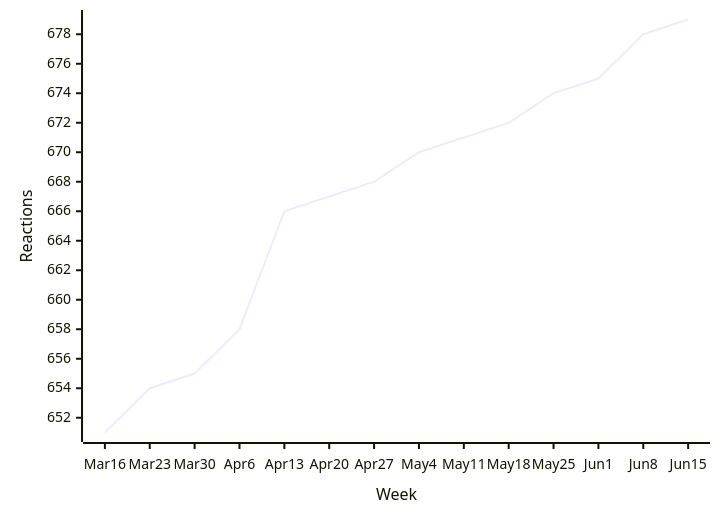
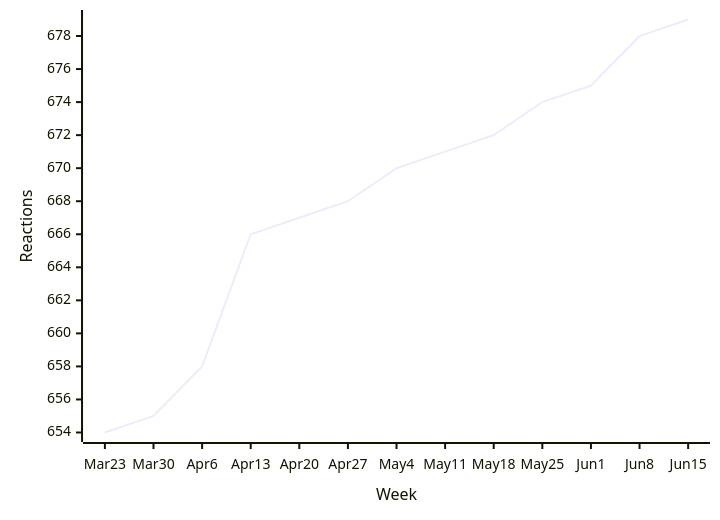
The fifth of 49 diagrams in README.md (loic-sharma/github-insights), drawn with Mermaid before and after one commit. The commit also changed other lines of this file and 3 other files, not shown here.

````diff
--- a/README.md
+++ b/README.md
@@ -407,6 +407,6 @@
   ```mermaid
   xychart-beta
-    x-axis "Week" [Mar 16, Mar 23, Mar 30, Apr 6, Apr 13, Apr 20, Apr 27, May 4, May 11, May 18, May 25, Jun 1, Jun 8, Jun 15]
+    x-axis "Week" [Mar 23, Mar 30, Apr 6, Apr 13, Apr 20, Apr 27, May 4, May 11, May 18, May 25, Jun 1, Jun 8, Jun 15]
     y-axis "Reactions"
-    line [651, 654, 655, 658, 666, 667, 668, 670, 671, 672, 674, 675, 678, 679]
+    line [654, 655, 658, 666, 667, 668, 670, 671, 672, 674, 675, 678, 679]
   ```
````
